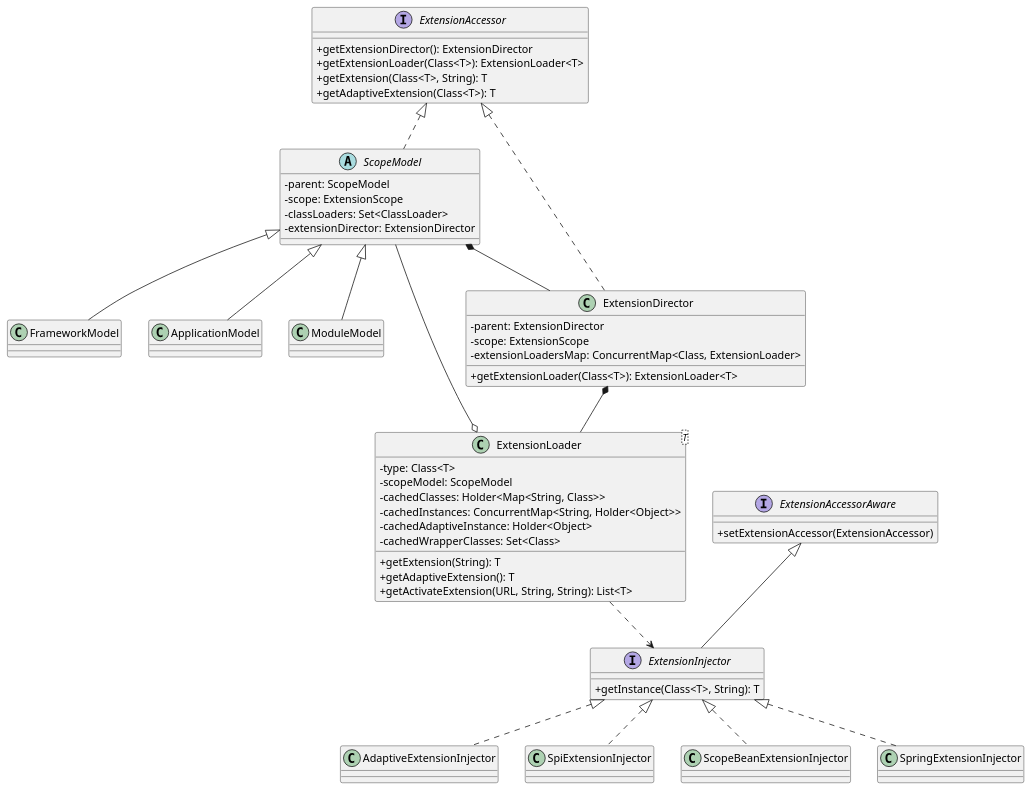
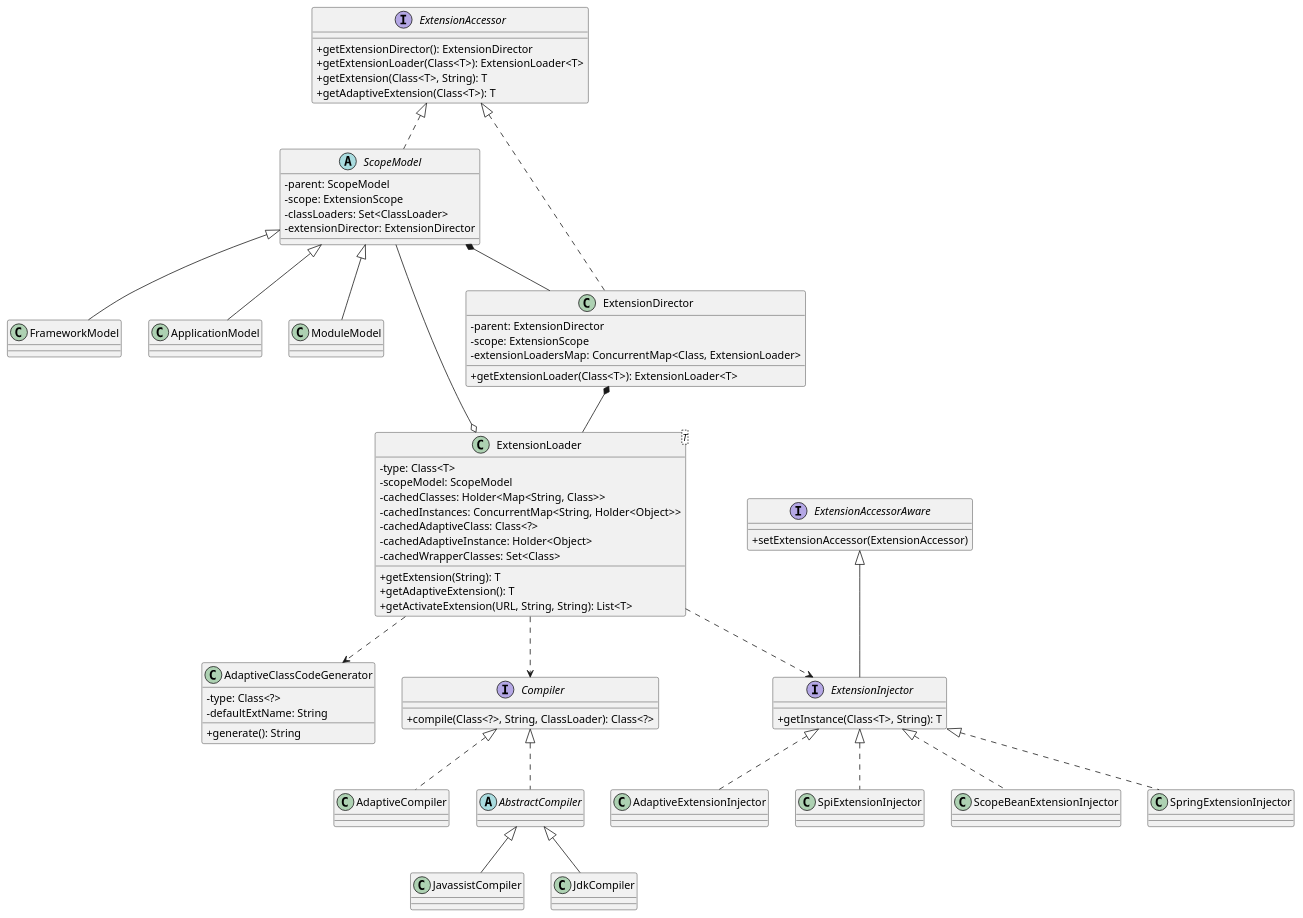
One commit to kevinwang930/kevinwang930.github.io changed the first of 14 diagrams in content/post/network/dubbo/index.md. Above: the diagram before and after it, drawn with PlantUML. The commit also changed other lines of this file, not shown here.

````diff
--- a/content/post/network/dubbo/index.md
+++ b/content/post/network/dubbo/index.md
@@ -95,58 +95,75 @@
 ```plantuml
 @startuml
 top to bottom direction
 skinparam classAttributeIconSize 0
 
 interface ExtensionAccessor {
   + getExtensionDirector(): ExtensionDirector
   + getExtensionLoader(Class<T>): ExtensionLoader<T>
   + getExtension(Class<T>, String): T
   + getAdaptiveExtension(Class<T>): T
 }
 
 abstract class ScopeModel implements ExtensionAccessor {
   - parent: ScopeModel
   - scope: ExtensionScope
   - classLoaders: Set<ClassLoader>
   - extensionDirector: ExtensionDirector
 }
 class FrameworkModel extends ScopeModel
 class ApplicationModel extends ScopeModel
 class ModuleModel extends ScopeModel
 
 class ExtensionDirector implements ExtensionAccessor {
   - parent: ExtensionDirector
   - scope: ExtensionScope
   - extensionLoadersMap: ConcurrentMap<Class, ExtensionLoader>
   + getExtensionLoader(Class<T>): ExtensionLoader<T>
 }
 
 class ExtensionLoader<T> {
   - type: Class<T>
   - scopeModel: ScopeModel
   - cachedClasses: Holder<Map<String, Class>>
   - cachedInstances: ConcurrentMap<String, Holder<Object>>
+  - cachedAdaptiveClass: Class<?>
   - cachedAdaptiveInstance: Holder<Object>
   - cachedWrapperClasses: Set<Class>
   + getExtension(String): T
   + getAdaptiveExtension(): T
   + getActivateExtension(URL, String, String): List<T>
 }
+
+class AdaptiveClassCodeGenerator {
+  - type: Class<?>
+  - defaultExtName: String
+  + generate(): String
+}
+
+interface Compiler {
+  + compile(Class<?>, String, ClassLoader): Class<?>
+}
+class AdaptiveCompiler implements Compiler
+abstract class AbstractCompiler implements Compiler
+class JavassistCompiler extends AbstractCompiler
+class JdkCompiler extends AbstractCompiler
 
 interface ExtensionAccessorAware {
   + setExtensionAccessor(ExtensionAccessor)
 }
 interface ExtensionInjector extends ExtensionAccessorAware {
   + getInstance(Class<T>, String): T
 }
 class AdaptiveExtensionInjector implements ExtensionInjector
 class SpiExtensionInjector implements ExtensionInjector
 class ScopeBeanExtensionInjector implements ExtensionInjector
 class SpringExtensionInjector implements ExtensionInjector
 
 ScopeModel *-- ExtensionDirector
 ExtensionDirector *-- ExtensionLoader
 ScopeModel --o ExtensionLoader
+ExtensionLoader ..> AdaptiveClassCodeGenerator
+ExtensionLoader ..> Compiler
 ExtensionLoader ..> ExtensionInjector
 @enduml
 ```
````
